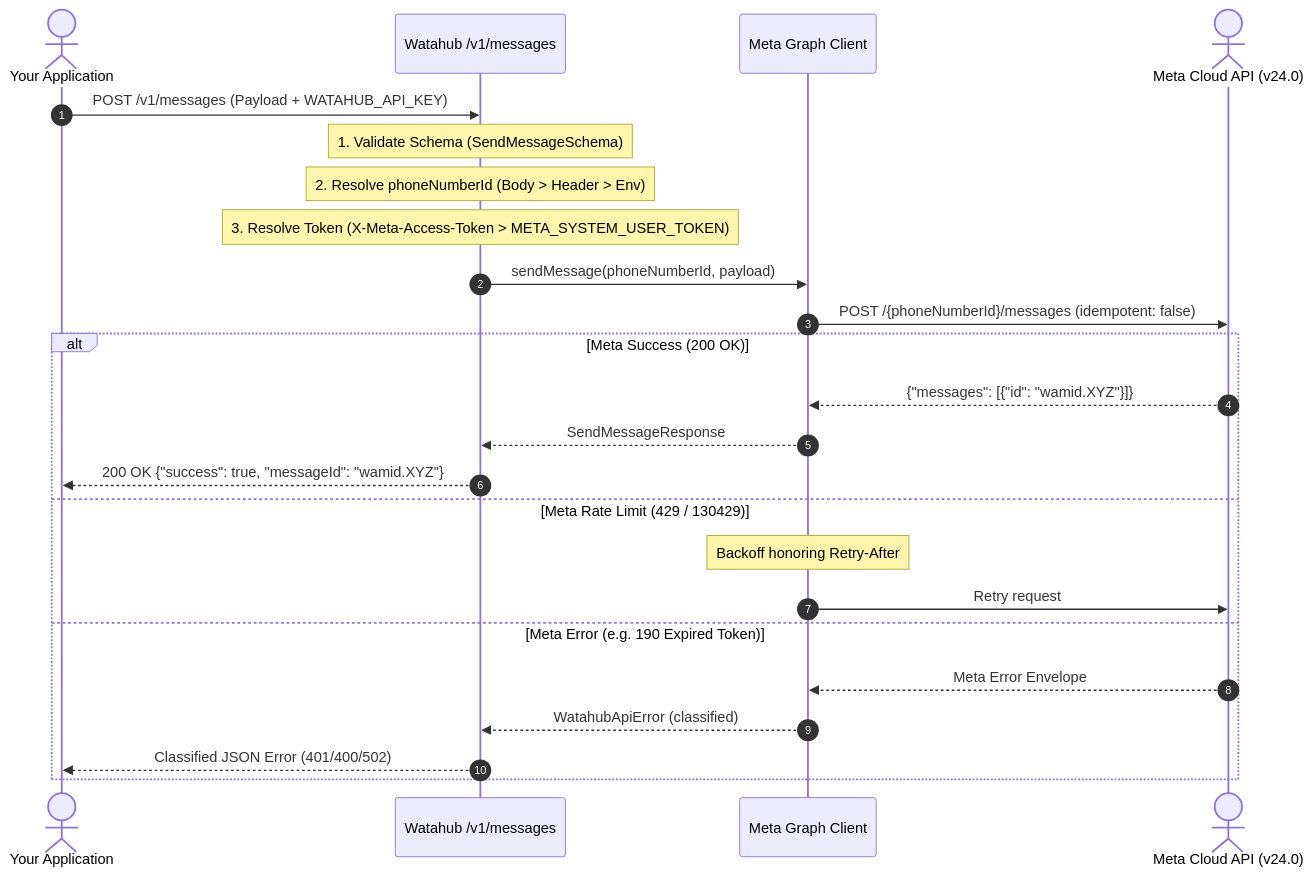
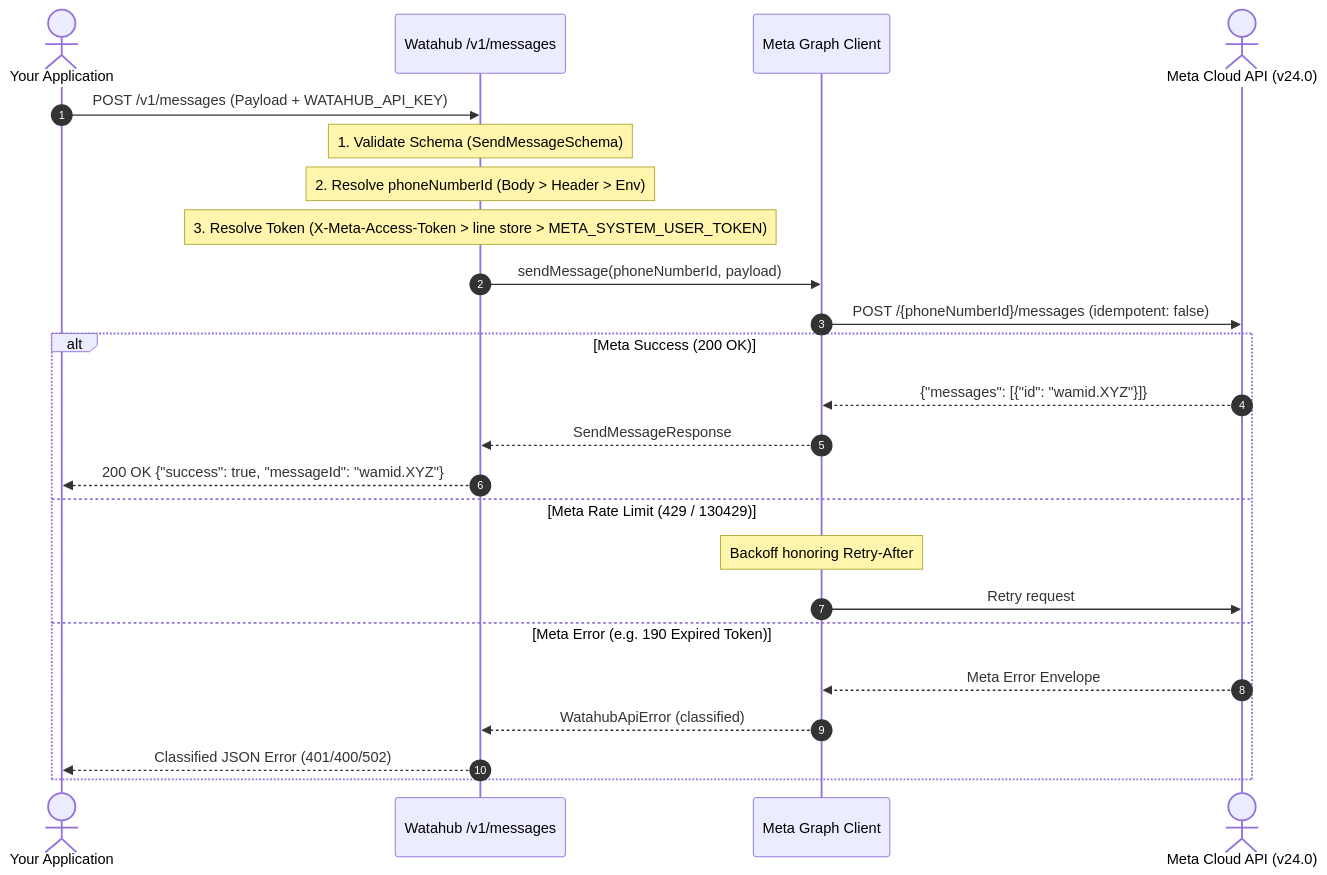
The fourth of 5 diagrams in docs/ARCHITECTURE.md (Hub-Ventures/watahub), drawn with Mermaid before and after one commit. The commit also changed other lines of this file and 26 other files, not shown here.

````diff
--- a/docs/ARCHITECTURE.md
+++ b/docs/ARCHITECTURE.md
@@ -171,29 +171,29 @@
 ```mermaid
 sequenceDiagram
     autonumber
     actor App as Your Application
     participant Gateway as Watahub /v1/messages
     participant MetaClient as Meta Graph Client
     actor MetaAPI as Meta Cloud API (v24.0)
 
     App->>Gateway: POST /v1/messages (Payload + WATAHUB_API_KEY)
     Note over Gateway: 1. Validate Schema (SendMessageSchema)
     Note over Gateway: 2. Resolve phoneNumberId (Body > Header > Env)
-    Note over Gateway: 3. Resolve Token (X-Meta-Access-Token > META_SYSTEM_USER_TOKEN)
+    Note over Gateway: 3. Resolve Token (X-Meta-Access-Token > line store > META_SYSTEM_USER_TOKEN)
 
     Gateway->>MetaClient: sendMessage(phoneNumberId, payload)
     MetaClient->>MetaAPI: POST /{phoneNumberId}/messages (idempotent: false)
     
     alt Meta Success (200 OK)
         MetaAPI-->>MetaClient: {"messages": [{"id": "wamid.XYZ"}]}
         MetaClient-->>Gateway: SendMessageResponse
         Gateway-->>App: 200 OK {"success": true, "messageId": "wamid.XYZ"}
     else Meta Rate Limit (429 / 130429)
         Note over MetaClient: Backoff honoring Retry-After
         MetaClient->>MetaAPI: Retry request
     else Meta Error (e.g. 190 Expired Token)
         MetaAPI-->>MetaClient: Meta Error Envelope
         MetaClient-->>Gateway: WatahubApiError (classified)
         Gateway-->>App: Classified JSON Error (401/400/502)
     end
 ```
````
